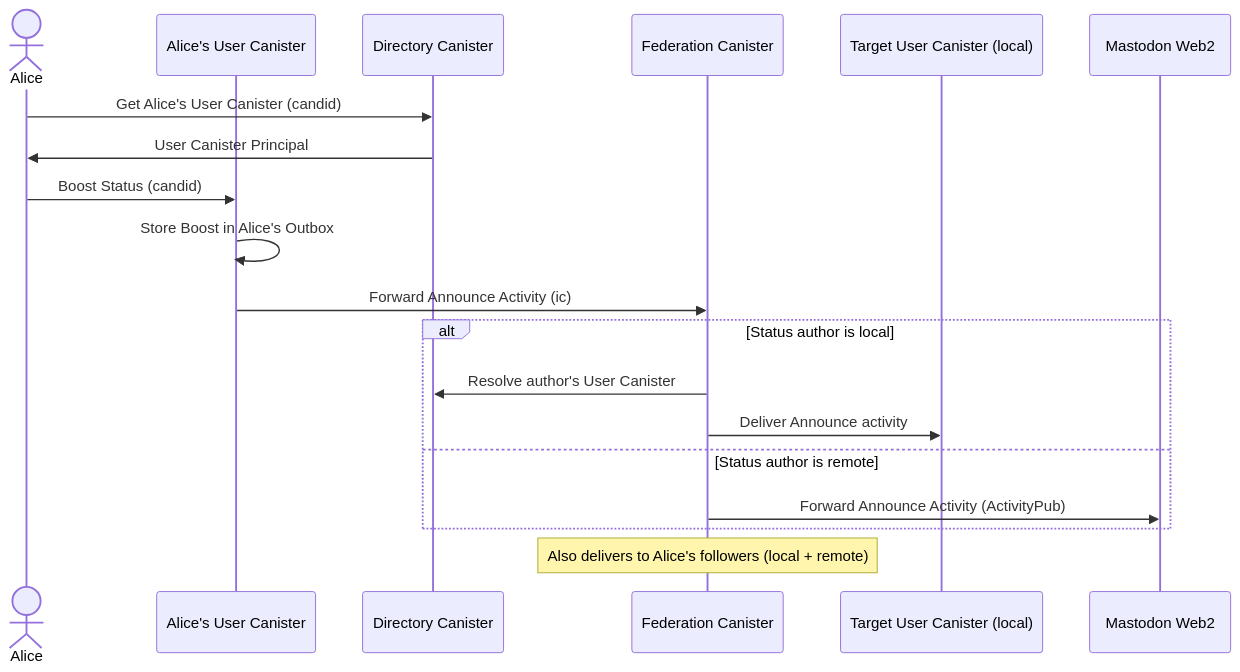
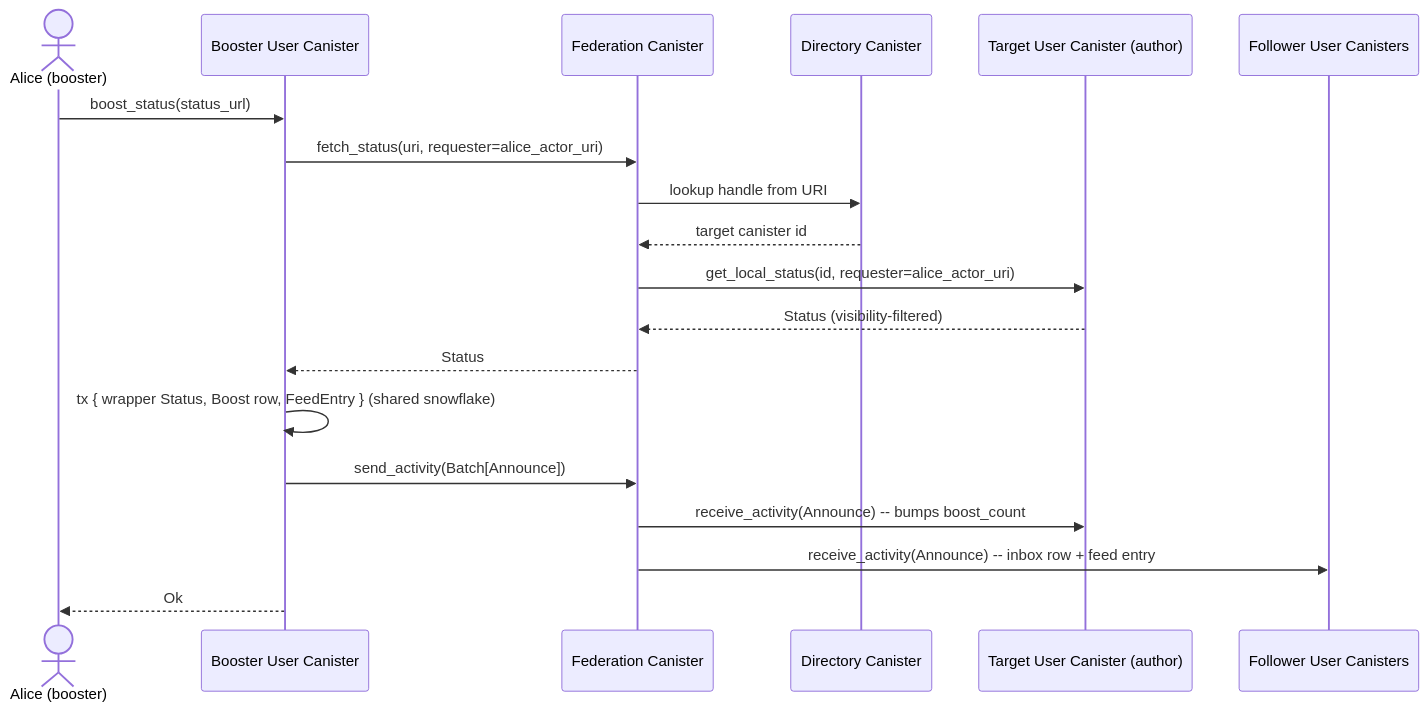
Before and after one commit to veeso/mastic: diagram 15 of 18 in docs/src/project/flows.md, drawn with Mermaid. The commit also changed other lines of this file and 7 other files, not shown here.

First line of the commit message:
docs: WI-1.7 boost status interfaces, schema, and sequence diagram

````diff
--- a/docs/src/project/flows.md
+++ b/docs/src/project/flows.md
@@ -311,22 +311,22 @@
 ```mermaid
 sequenceDiagram
-    actor A as Alice
-    participant UC as Alice's User Canister
+    actor A as Alice (booster)
+    participant UC as Booster User Canister
+    participant FED as Federation Canister
     participant DIR as Directory Canister
-    participant FED as Federation Canister
-    participant TUC as Target User Canister (local)
-    participant M as Mastodon Web2
+    participant TUC as Target User Canister (author)
+    participant Fol as Follower User Canisters
 
-    A->>DIR: Get Alice's User Canister (candid)
-    DIR->>A: User Canister Principal
-    A->>UC: Boost Status (candid)
-    UC->>UC: Store Boost in Alice's Outbox
-    UC->>FED: Forward Announce Activity (ic)
-    alt Status author is local
-        FED->>DIR: Resolve author's User Canister
-        FED->>TUC: Deliver Announce activity
-    else Status author is remote
-        FED->>M: Forward Announce Activity (ActivityPub)
-    end
-    Note over FED: Also delivers to Alice's followers (local + remote)
+    A->>UC: boost_status(status_url)
+    UC->>FED: fetch_status(uri, requester=alice_actor_uri)
+    FED->>DIR: lookup handle from URI
+    DIR-->>FED: target canister id
+    FED->>TUC: get_local_status(id, requester=alice_actor_uri)
+    TUC-->>FED: Status (visibility-filtered)
+    FED-->>UC: Status
+    UC->>UC: tx { wrapper Status, Boost row, FeedEntry } (shared snowflake)
+    UC->>FED: send_activity(Batch[Announce])
+    FED->>TUC: receive_activity(Announce)  -- bumps boost_count
+    FED->>Fol: receive_activity(Announce)  -- inbox row + feed entry
+    UC-->>A: Ok
 ```
````
